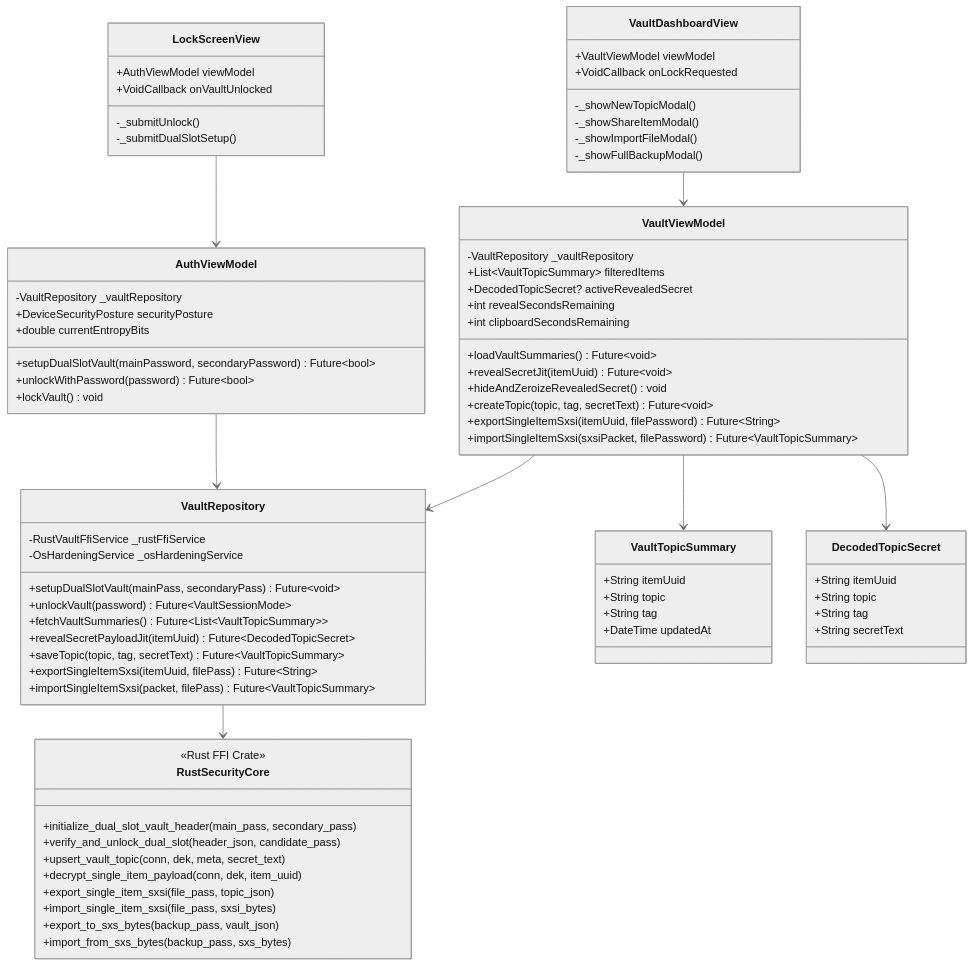
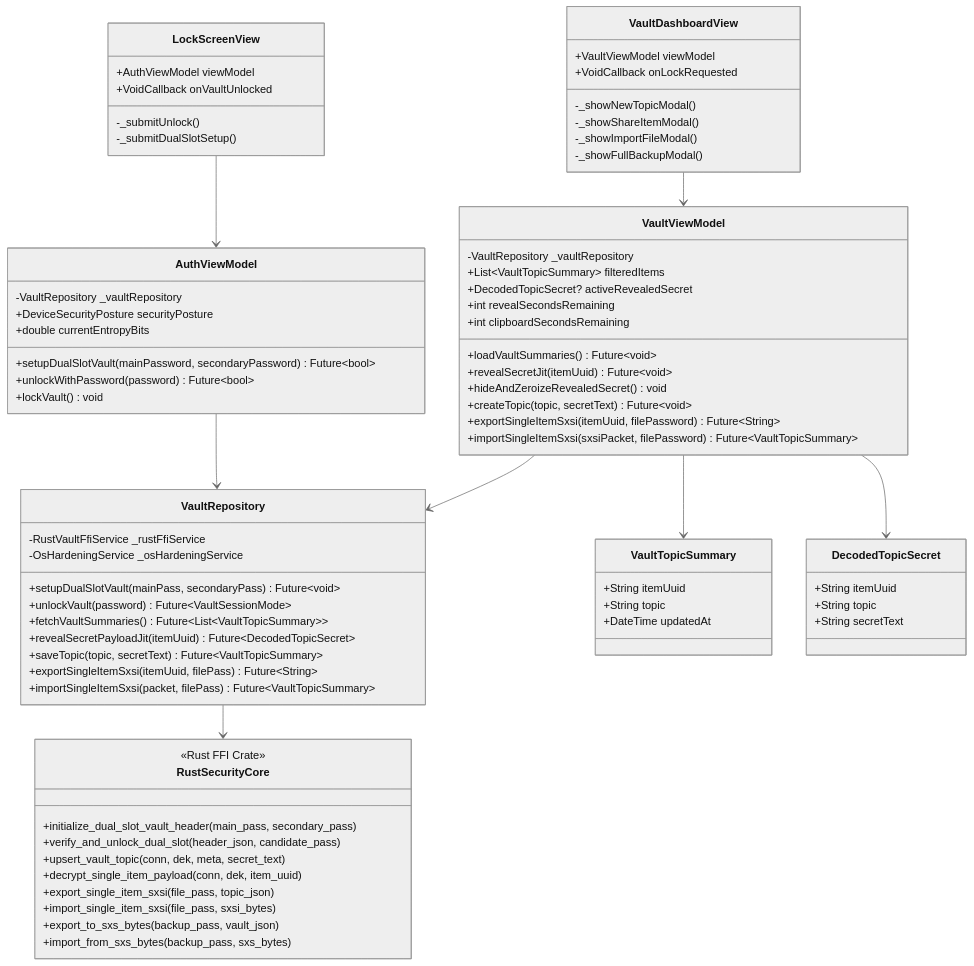
Before and after one commit to superxsiwa/superxsecret: the fifth of 6 diagrams in docs/DEVELOPER_GUIDE.md, drawn with Mermaid (neutral theme). The commit also changed other lines of this file and 16 other files, not shown here.

```diff
--- a/docs/DEVELOPER_GUIDE.md
+++ b/docs/DEVELOPER_GUIDE.md
@@ -225,7 +228,7 @@
         +loadVaultSummaries() Future~void~
         +revealSecretJit(itemUuid) Future~void~
         +hideAndZeroizeRevealedSecret() void
-        +createTopic(topic, tag, secretText) Future~void~
+        +createTopic(topic, secretText) Future~void~
         +exportSingleItemSxsi(itemUuid, filePassword) Future~String~
         +importSingleItemSxsi(sxsiPacket, filePassword) Future~VaultTopicSummary~
     }
@@ -237,7 +240,7 @@
         +unlockVault(password) Future~VaultSessionMode~
         +fetchVaultSummaries() Future~List~VaultTopicSummary~~
         +revealSecretPayloadJit(itemUuid) Future~DecodedTopicSecret~
-        +saveTopic(topic, tag, secretText) Future~VaultTopicSummary~
+        +saveTopic(topic, secretText) Future~VaultTopicSummary~
         +exportSingleItemSxsi(itemUuid, filePass) Future~String~
         +importSingleItemSxsi(packet, filePass) Future~VaultTopicSummary~
     }
@@ -245,14 +248,12 @@
     class VaultTopicSummary {
         +String itemUuid
         +String topic
-        +String tag
         +DateTime updatedAt
     }
 
     class DecodedTopicSecret {
         +String itemUuid
         +String topic
-        +String tag
         +String secretText
     }
 
```
